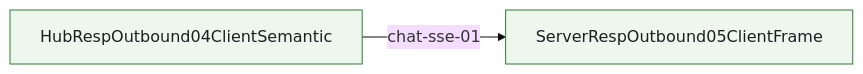
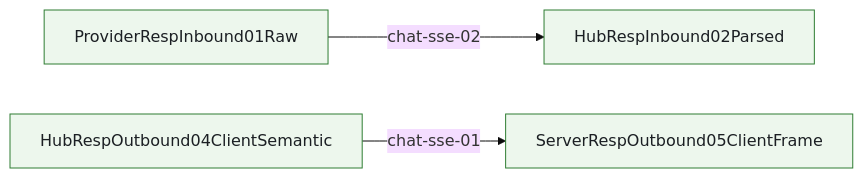
Before and after one commit to Jasonzhangf/routecodex: diagram 13 of 13 in docs/architecture/wiki/mainline-call-graph.md, drawn with Mermaid (base theme). The commit also changed other lines of this file and 34 other files, not shown here.

````diff
--- a/docs/architecture/wiki/mainline-call-graph.md
+++ b/docs/architecture/wiki/mainline-call-graph.md
@@ -528,11 +528,16 @@
 ```mermaid
 flowchart LR
+  HubRespInbound02Parsed["HubRespInbound02Parsed"]
+  ProviderRespInbound01Raw["ProviderRespInbound01Raw"]
   ServerRespOutbound05ClientFrame["ServerRespOutbound05ClientFrame"]
   HubRespOutbound04ClientSemantic["HubRespOutbound04ClientSemantic"]
   HubRespOutbound04ClientSemantic -->|chat-sse-01| ServerRespOutbound05ClientFrame
+  ProviderRespInbound01Raw -->|chat-sse-02| HubRespInbound02Parsed
   classDef anchored fill:#edf7ed,stroke:#2e7d32,stroke-width:1px,color:#1b1f23;
   classDef partial fill:#fff7e6,stroke:#b26a00,stroke-width:1px,color:#1b1f23;
   classDef pending fill:#f4f4f5,stroke:#6b7280,stroke-width:1px,stroke-dasharray: 5 5,color:#1b1f23;
   class HubRespOutbound04ClientSemantic anchored;
   class ServerRespOutbound05ClientFrame anchored;
+  class ProviderRespInbound01Raw anchored;
+  class HubRespInbound02Parsed anchored;
 ```
````
